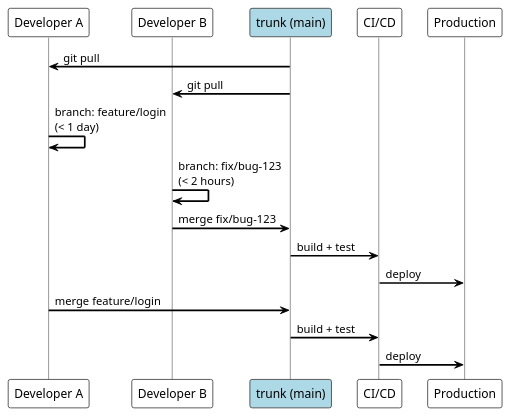
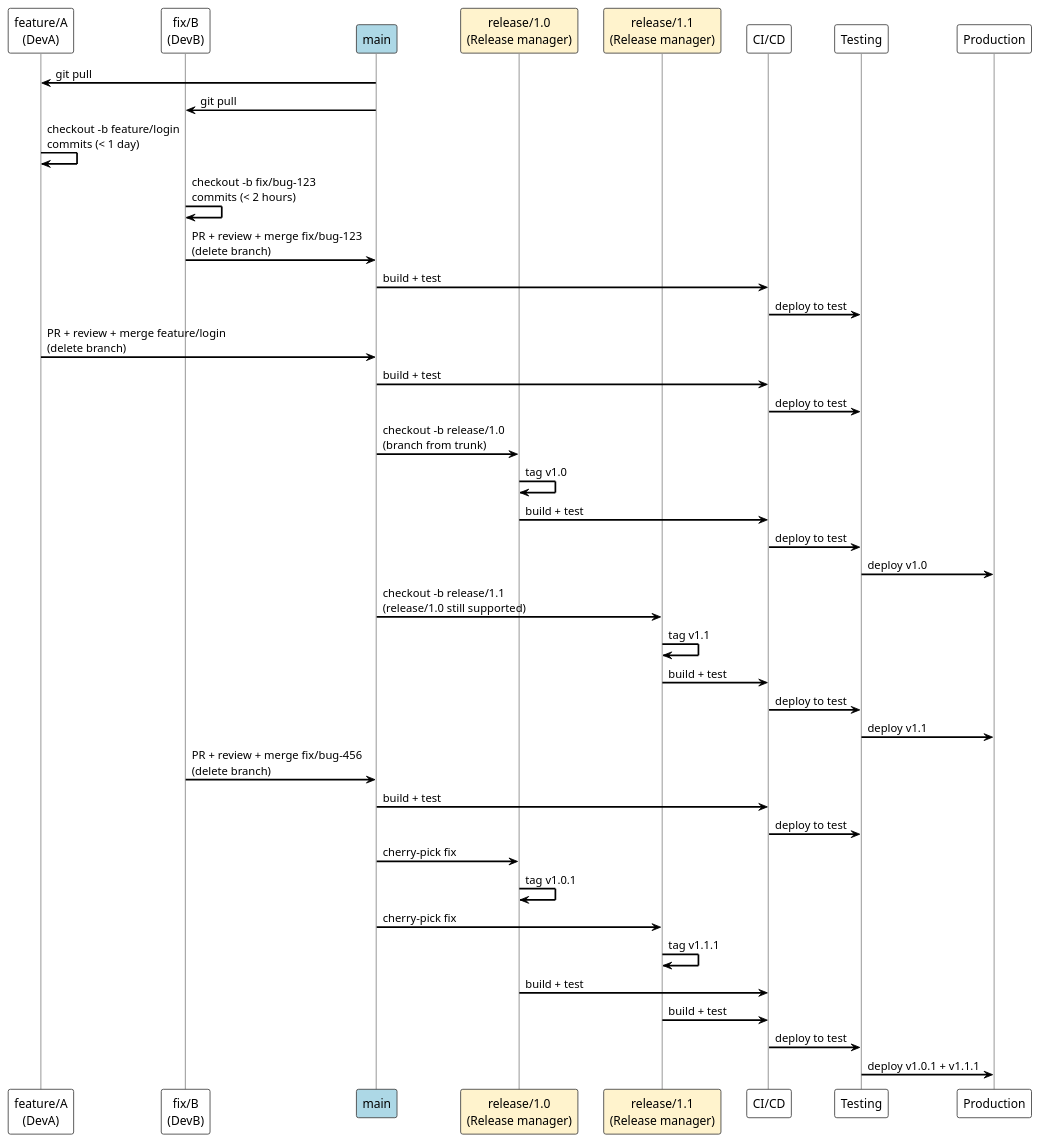
One commit to istergiou/istergiou changed the first of 2 diagrams in git-workflow-trunk-based.md. Above: the diagram before and after it, drawn with PlantUML. The commit also changed other lines of this file and 29 other files, not shown here.

First line of the commit message:
Add git workflow documentation with diagrams and research notes

````diff
--- a/git-workflow-trunk-based.md
+++ b/git-workflow-trunk-based.md
@@ -36,31 +49,58 @@
 ```plantuml
 @startuml
 !theme plain
 
 skinparam sequenceArrowThickness 2
 skinparam backgroundColor white
 skinparam sequenceParticipantBorderColor #444
 skinparam sequenceLifeLineBorderColor #888
 
-participant "Developer A" as A
-participant "Developer B" as B
-participant "trunk (main)" as T #LightBlue
+participant "feature/A\n(DevA)" as A
+participant "fix/B\n(DevB)" as B
+participant "main" as T #LightBlue
+participant "release/1.0\n(Release manager)" as R0 #fff3cd
+participant "release/1.1\n(Release manager)" as R1 #fff3cd
 participant "CI/CD" as CI
+participant "Testing" as TST
 participant "Production" as P
 
 T -> A : git pull
 T -> B : git pull
 
-A -> A : branch: feature/login\n(< 1 day)
-B -> B : branch: fix/bug-123\n(< 2 hours)
+A -> A : checkout -b feature/login\ncommits (< 1 day)
+B -> B : checkout -b fix/bug-123\ncommits (< 2 hours)
 
-B -> T : merge fix/bug-123
+B -> T : PR + review + merge fix/bug-123\n(delete branch)
 T -> CI : build + test
-CI -> P : deploy
+CI -> TST : deploy to test
 
-A -> T : merge feature/login
+A -> T : PR + review + merge feature/login\n(delete branch)
 T -> CI : build + test
-CI -> P : deploy
+CI -> TST : deploy to test
+
+T -> R0 : checkout -b release/1.0\n(branch from trunk)
+R0 -> R0 : tag v1.0
+R0 -> CI : build + test
+CI -> TST : deploy to test
+TST -> P : deploy v1.0
+
+T -> R1 : checkout -b release/1.1\n(release/1.0 still supported)
+R1 -> R1 : tag v1.1
+R1 -> CI : build + test
+CI -> TST : deploy to test
+TST -> P : deploy v1.1
+
+B -> T : PR + review + merge fix/bug-456\n(delete branch)
+T -> CI : build + test
+CI -> TST : deploy to test
+T -> R0 : cherry-pick fix
+R0 -> R0 : tag v1.0.1
+T -> R1 : cherry-pick fix
+R1 -> R1 : tag v1.1.1
+R0 -> CI : build + test
+R1 -> CI : build + test
+CI -> TST : deploy to test
+TST -> P : deploy v1.0.1 + v1.1.1
 
 @enduml
 ```
````
